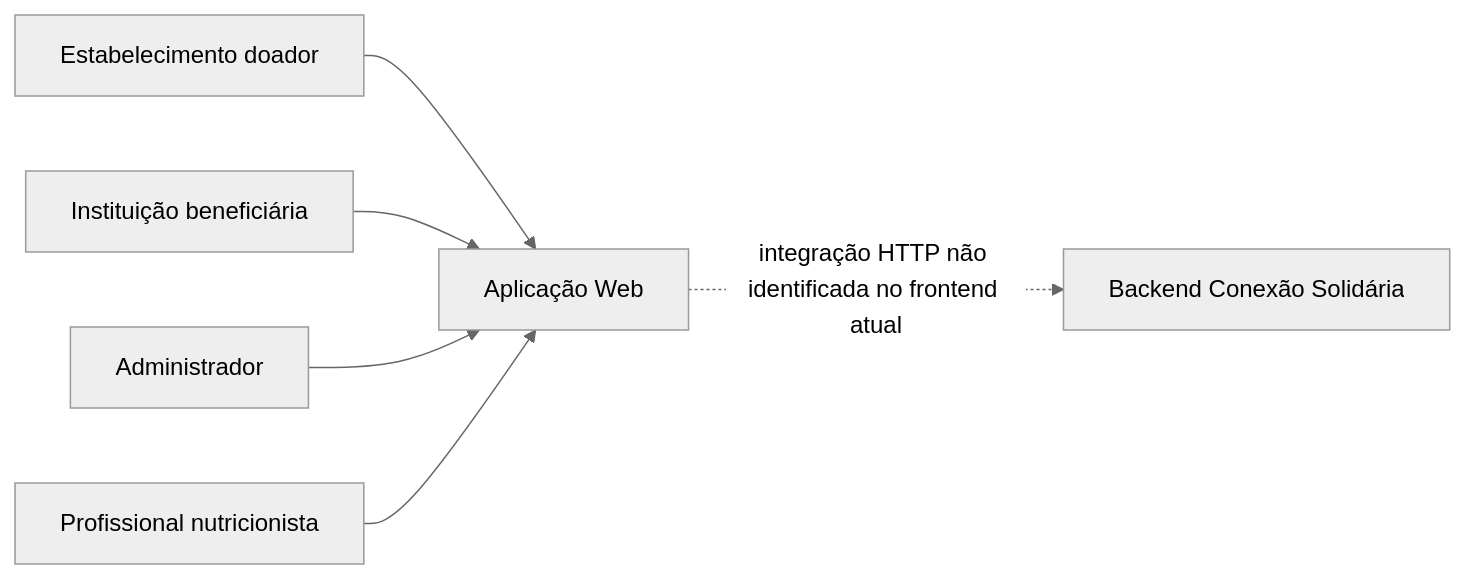
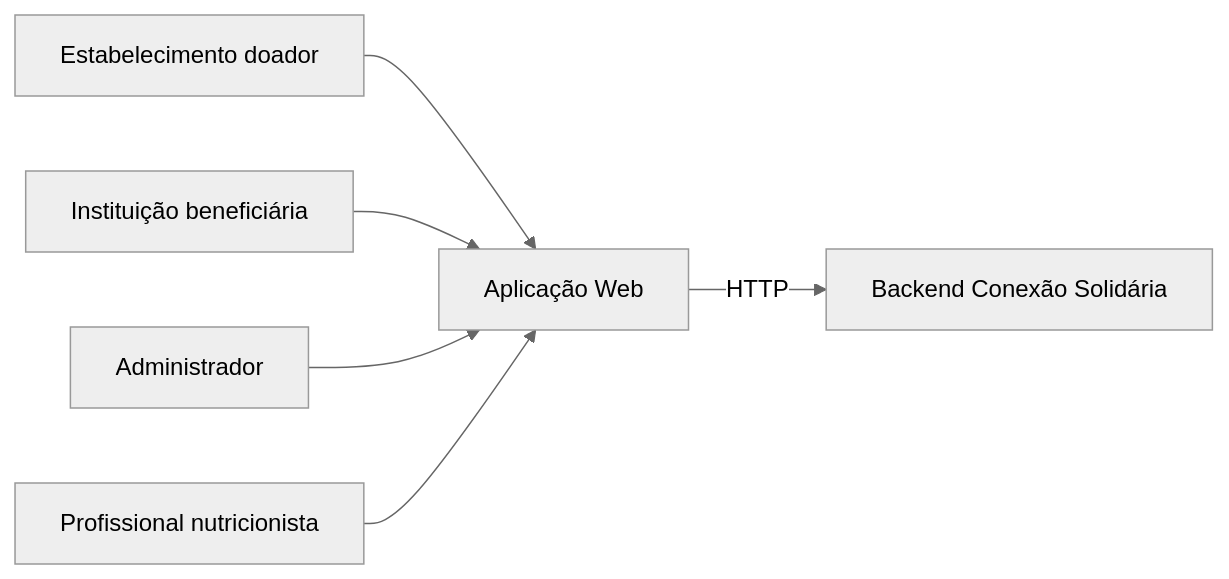
The first of 3 diagrams in docs/arquitetura/arquitetura.md (liviafgs/TrabalhoPratico-eng-software), drawn with Mermaid (neutral theme) before and after one commit. The commit also changed other lines of this file and 3 other files, not shown here.

````diff
--- a/docs/arquitetura/arquitetura.md
+++ b/docs/arquitetura/arquitetura.md
@@ -13,8 +13,8 @@
 ```mermaid
 flowchart LR
     D[Estabelecimento doador] --> W[Aplicação Web]
     I[Instituição beneficiária] --> W
     A[Administrador] --> W
     N[Profissional nutricionista] --> W
-    W -. integração HTTP não identificada no frontend atual .-> API[Backend Conexão Solidária]
+    W -->|HTTP| API[Backend Conexão Solidária]
 ```
````
